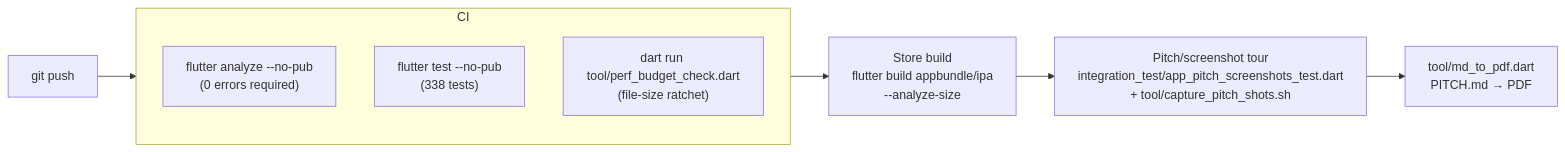
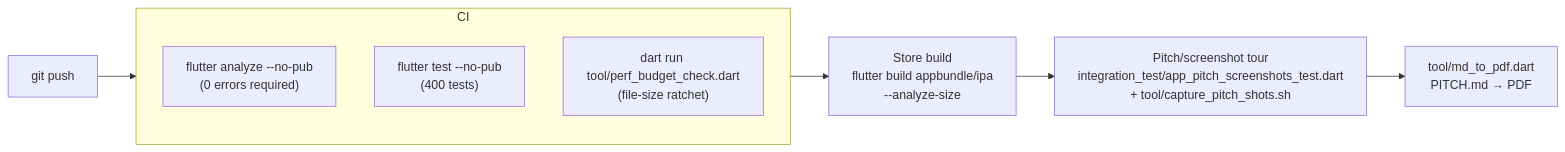
One commit to razique20/finavig changed the tenth of 10 diagrams in ARCHITECTURE.md. Above: the diagram before and after it, drawn with Mermaid. The commit also changed 3 other files, not shown here.

First line of the commit message:
Add complete app flow and UI tests with a full test report

````diff
--- a/ARCHITECTURE.md
+++ b/ARCHITECTURE.md
@@ -289,12 +289,12 @@
 ```mermaid
 flowchart LR
     PUSH["git push"] --> CI["CI gates"]
     subgraph CI
         A["flutter analyze --no-pub<br/>(0 errors required)"]
-        B["flutter test --no-pub<br/>(338 tests)"]
+        B["flutter test --no-pub<br/>(400 tests)"]
         C["dart run tool/perf_budget_check.dart<br/>(file-size ratchet)"]
     end
     CI --> REL["Store build<br/>flutter build appbundle/ipa<br/>--analyze-size"]
     REL --> SHOTS["Pitch/screenshot tour<br/>integration_test/app_pitch_screenshots_test.dart<br/>+ tool/capture_pitch_shots.sh"]
     SHOTS --> DECK["tool/md_to_pdf.dart<br/>PITCH.md → PDF"]
 ```
````
